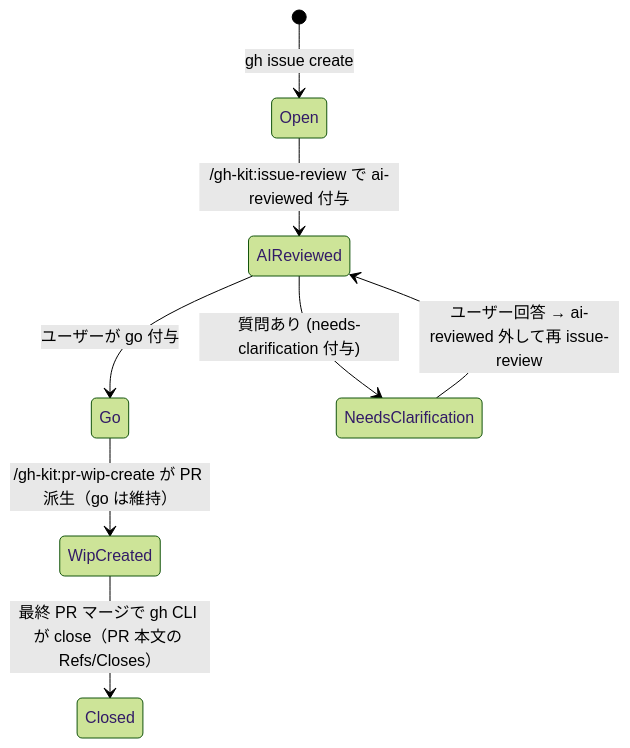
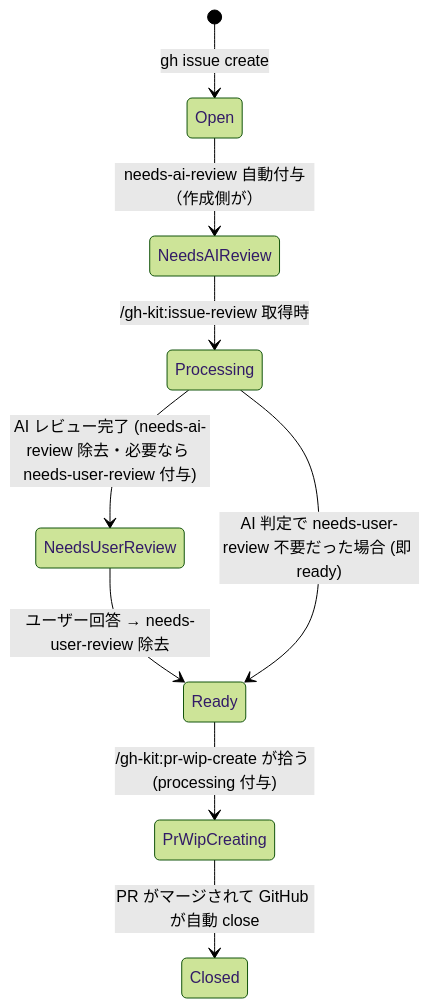
One commit to shuhei1101/my-plugins changed the first of 2 diagrams in .work/notes/プラグイン/gh-kitラベル設計.md. Above: the diagram before and after it, drawn with Mermaid (forest theme). The commit also changed other lines of this file and 17 other files, not shown here.

````diff
--- a/.work/notes/プラグイン/gh-kitラベル設計.md
+++ b/.work/notes/プラグイン/gh-kitラベル設計.md
@@ -13,10 +38,11 @@
 ```mermaid
 stateDiagram-v2
   [*] --> Open: gh issue create
-  Open --> AIReviewed: /gh-kit:issue-review で ai-reviewed 付与
-  AIReviewed --> Go: ユーザーが go 付与
-  AIReviewed --> NeedsClarification: 質問あり (needs-clarification 付与)
-  NeedsClarification --> AIReviewed: ユーザー回答 → ai-reviewed 外して再 issue-review
-  Go --> WipCreated: /gh-kit:pr-wip-create が PR 派生（go は維持）
-  WipCreated --> Closed: 最終 PR マージで gh CLI が close（PR 本文の Refs/Closes）
+  Open --> NeedsAIReview: needs-ai-review 自動付与（作成側が）
+  NeedsAIReview --> Processing: /gh-kit:issue-review 取得時
+  Processing --> NeedsUserReview: AI レビュー完了 (needs-ai-review 除去・必要なら needs-user-review 付与)
+  NeedsUserReview --> Ready: ユーザー回答 → needs-user-review 除去
+  Processing --> Ready: AI 判定で needs-user-review 不要だった場合 (即 ready)
+  Ready --> PrWipCreating: /gh-kit:pr-wip-create が拾う (processing 付与)
+  PrWipCreating --> Closed: PR がマージされて GitHub が自動 close
 ```
````
